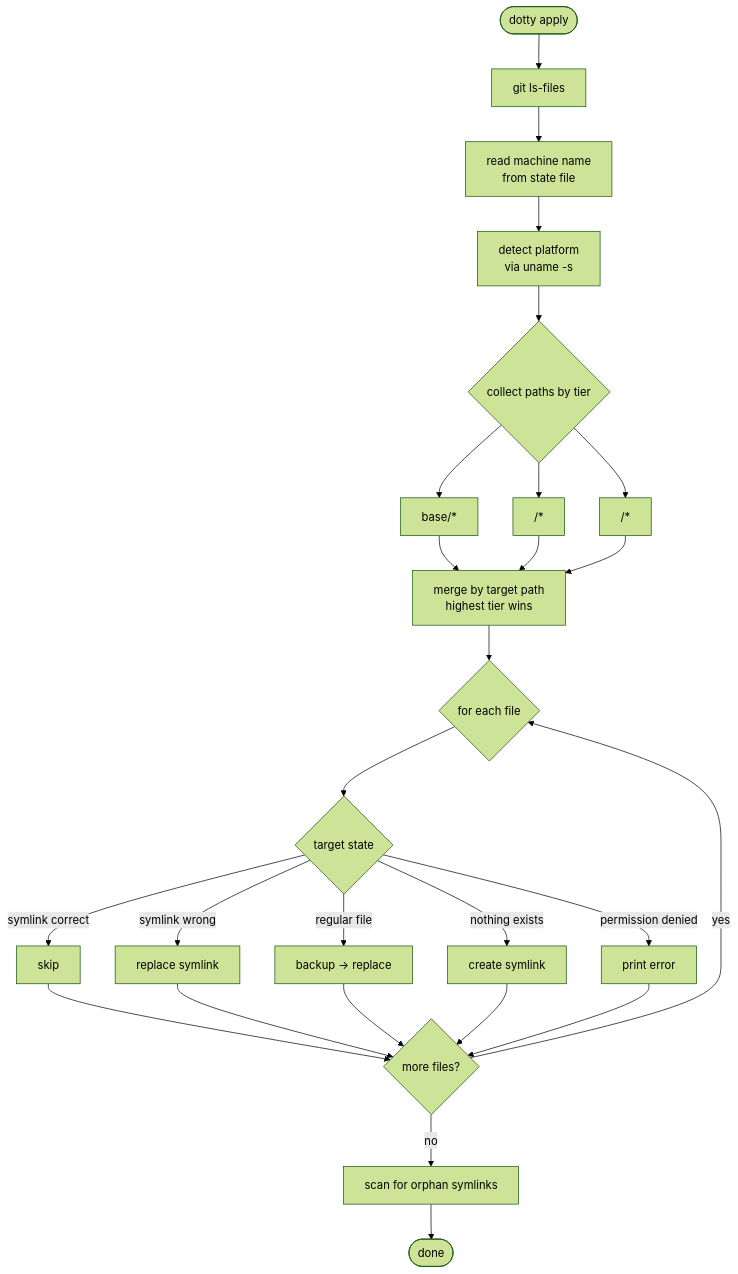
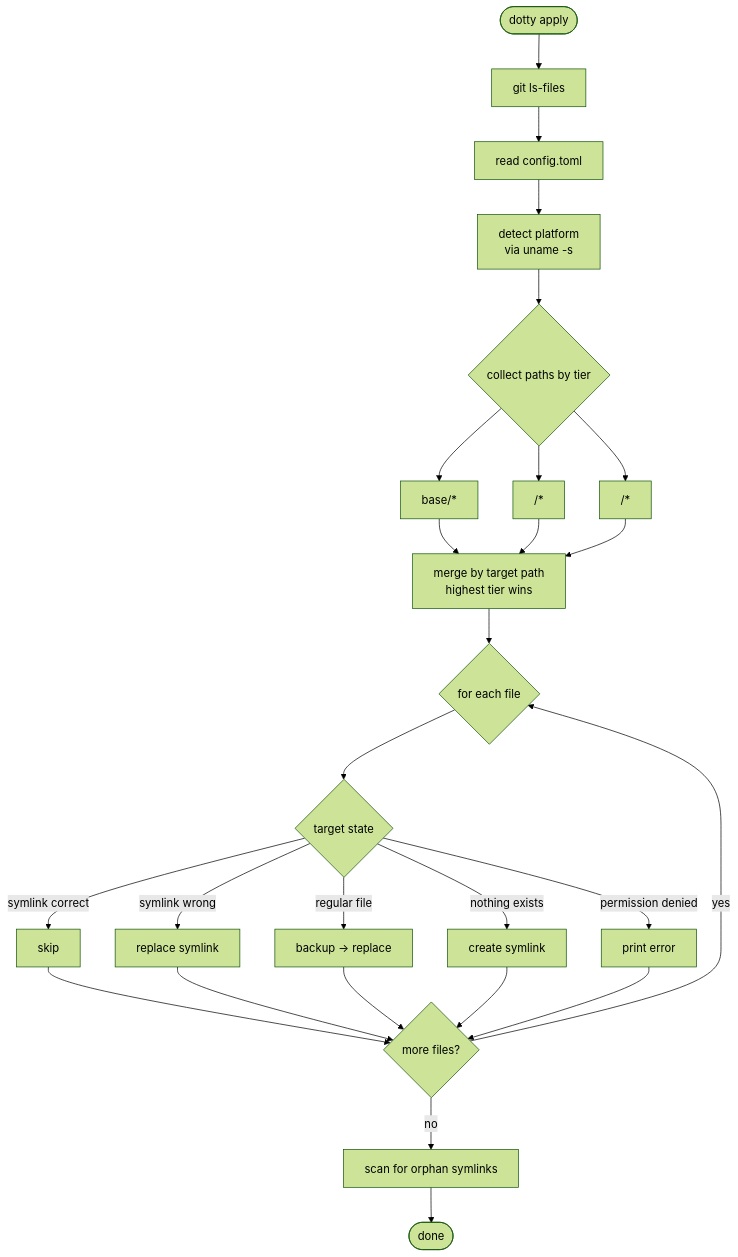
The fourth of 4 diagrams in readme.md (just-sultanov/dotty), drawn with Mermaid (forest theme) before and after one commit. The commit also changed other lines of this file, not shown here.

First line of the commit message:
docs: add plan-execute architecture and managed files map

````diff
--- a/readme.md
+++ b/readme.md
@@ -356,35 +356,35 @@
 ```mermaid
 flowchart TD
     START(["dotty apply"]) --> GIT["git ls-files"]
-    GIT --> READ["read machine name\nfrom state file"]
+    GIT --> READ["read config.toml"]
     READ --> DETECT["detect platform\nvia uname -s"]
 
     DETECT --> COLLECT{"collect paths by tier"}
     COLLECT --> T1["base/*"]
     COLLECT --> T2["<platform>/*"]
     COLLECT --> T3["<machine>/*"]
 
     T1 --> MERGE["merge by target path\nhighest tier wins"]
     T2 --> MERGE
     T3 --> MERGE
 
     MERGE --> LOOP{"for each file"}
 
     LOOP --> CHECK{"target state"}
 
     CHECK -->|"symlink correct"| SKIP["skip"]
     CHECK -->|"symlink wrong"| REPLACE["replace symlink"]
     CHECK -->|"regular file"| BACKUP["backup → replace"]
     CHECK -->|"nothing exists"| CREATE["create symlink"]
     CHECK -->|"permission denied"| ERR["print error"]
 
     SKIP --> NEXT{more files?}
     REPLACE --> NEXT
     BACKUP --> NEXT
     CREATE --> NEXT
     ERR --> NEXT
 
     NEXT -->|"yes"| LOOP
     NEXT -->|"no"| ORPHAN["scan for orphan symlinks"]
     ORPHAN --> END(["done"])
 ```
````
